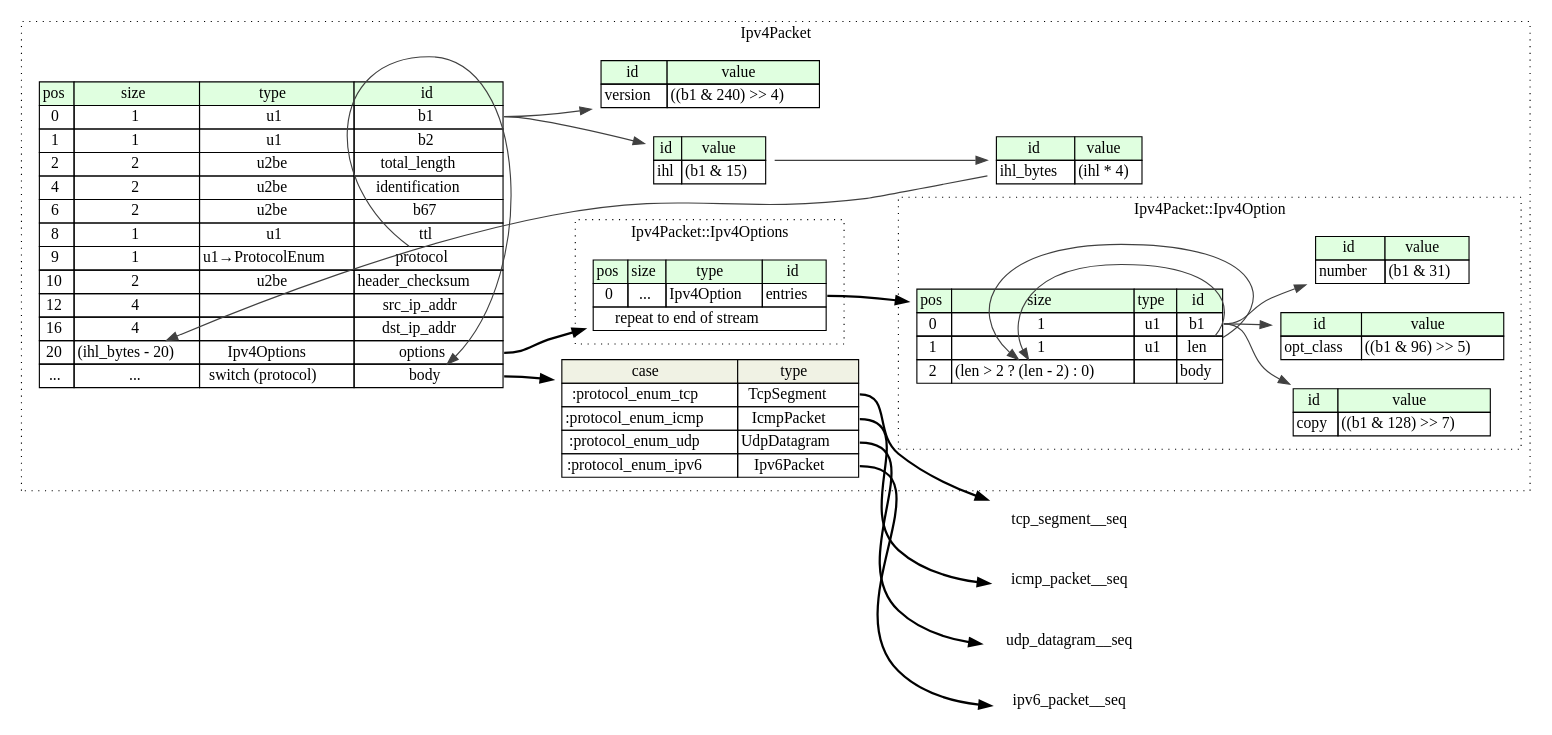
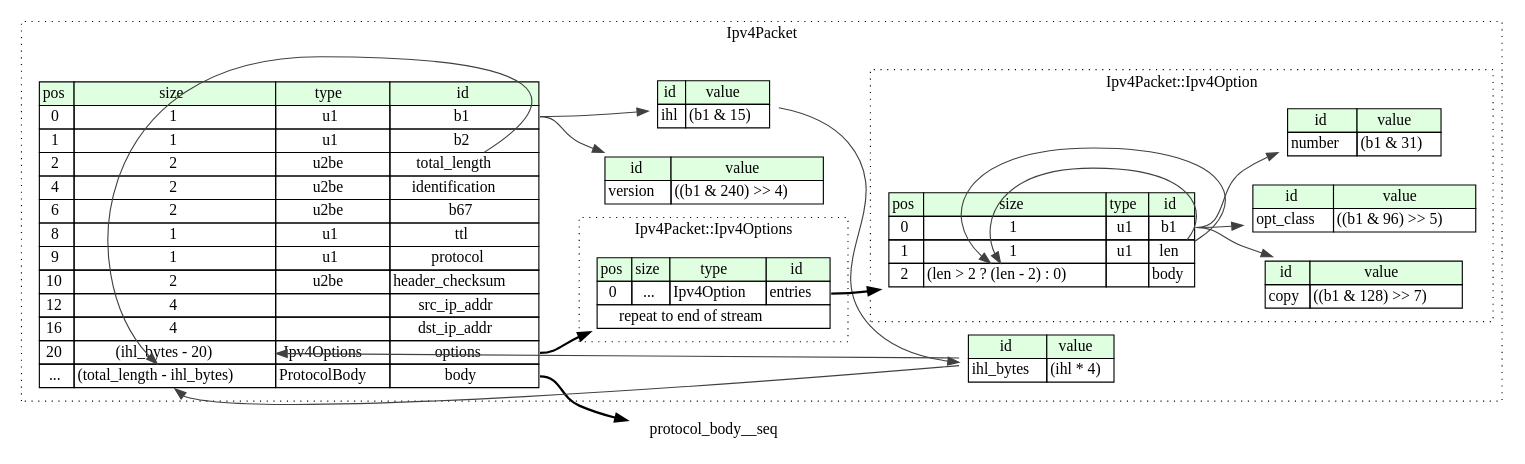
One commit to kaitai-io/formats-kaitai-io.github.io changed the diagram in ipv4_packet/src/graphviz/ipv4_packet.dot. Above: the diagram before and after it, drawn with Graphviz. The commit also changed 76 other files, not shown here.

```diff
--- a/ipv4_packet/src/graphviz/ipv4_packet.dot
+++ b/ipv4_packet/src/graphviz/ipv4_packet.dot
@@ -1,93 +1,83 @@
 digraph {
 	rankdir=LR;
 	node [shape=plaintext];
 	subgraph cluster__ipv4_packet {
 		label="Ipv4Packet";
 		graph[style=dotted];
 
 		ipv4_packet__seq [label=<<TABLE BORDER="0" CELLBORDER="1" CELLSPACING="0">
 			<TR><TD BGCOLOR="#E0FFE0">pos</TD><TD BGCOLOR="#E0FFE0">size</TD><TD BGCOLOR="#E0FFE0">type</TD><TD BGCOLOR="#E0FFE0">id</TD></TR>
 			<TR><TD PORT="b1_pos">0</TD><TD PORT="b1_size">1</TD><TD>u1</TD><TD PORT="b1_type">b1</TD></TR>
 			<TR><TD PORT="b2_pos">1</TD><TD PORT="b2_size">1</TD><TD>u1</TD><TD PORT="b2_type">b2</TD></TR>
 			<TR><TD PORT="total_length_pos">2</TD><TD PORT="total_length_size">2</TD><TD>u2be</TD><TD PORT="total_length_type">total_length</TD></TR>
 			<TR><TD PORT="identification_pos">4</TD><TD PORT="identification_size">2</TD><TD>u2be</TD><TD PORT="identification_type">identification</TD></TR>
 			<TR><TD PORT="b67_pos">6</TD><TD PORT="b67_size">2</TD><TD>u2be</TD><TD PORT="b67_type">b67</TD></TR>
 			<TR><TD PORT="ttl_pos">8</TD><TD PORT="ttl_size">1</TD><TD>u1</TD><TD PORT="ttl_type">ttl</TD></TR>
-			<TR><TD PORT="protocol_pos">9</TD><TD PORT="protocol_size">1</TD><TD>u1→ProtocolEnum</TD><TD PORT="protocol_type">protocol</TD></TR>
+			<TR><TD PORT="protocol_pos">9</TD><TD PORT="protocol_size">1</TD><TD>u1</TD><TD PORT="protocol_type">protocol</TD></TR>
 			<TR><TD PORT="header_checksum_pos">10</TD><TD PORT="header_checksum_size">2</TD><TD>u2be</TD><TD PORT="header_checksum_type">header_checksum</TD></TR>
 			<TR><TD PORT="src_ip_addr_pos">12</TD><TD PORT="src_ip_addr_size">4</TD><TD></TD><TD PORT="src_ip_addr_type">src_ip_addr</TD></TR>
 			<TR><TD PORT="dst_ip_addr_pos">16</TD><TD PORT="dst_ip_addr_size">4</TD><TD></TD><TD PORT="dst_ip_addr_type">dst_ip_addr</TD></TR>
 			<TR><TD PORT="options_pos">20</TD><TD PORT="options_size">(ihl_bytes - 20)</TD><TD>Ipv4Options</TD><TD PORT="options_type">options</TD></TR>
-			<TR><TD PORT="body_pos">...</TD><TD PORT="body_size">...</TD><TD>switch (protocol)</TD><TD PORT="body_type">body</TD></TR>
+			<TR><TD PORT="body_pos">...</TD><TD PORT="body_size">(total_length - ihl_bytes)</TD><TD>ProtocolBody</TD><TD PORT="body_type">body</TD></TR>
 		</TABLE>>];
 		ipv4_packet__inst__version [label=<<TABLE BORDER="0" CELLBORDER="1" CELLSPACING="0">
 			<TR><TD BGCOLOR="#E0FFE0">id</TD><TD BGCOLOR="#E0FFE0">value</TD></TR>
 			<TR><TD>version</TD><TD>((b1 &amp; 240) &gt;&gt; 4)</TD></TR>
 		</TABLE>>];
 		ipv4_packet__inst__ihl [label=<<TABLE BORDER="0" CELLBORDER="1" CELLSPACING="0">
 			<TR><TD BGCOLOR="#E0FFE0">id</TD><TD BGCOLOR="#E0FFE0">value</TD></TR>
 			<TR><TD>ihl</TD><TD>(b1 &amp; 15)</TD></TR>
 		</TABLE>>];
 		ipv4_packet__inst__ihl_bytes [label=<<TABLE BORDER="0" CELLBORDER="1" CELLSPACING="0">
 			<TR><TD BGCOLOR="#E0FFE0">id</TD><TD BGCOLOR="#E0FFE0">value</TD></TR>
 			<TR><TD>ihl_bytes</TD><TD>(ihl * 4)</TD></TR>
 		</TABLE>>];
-ipv4_packet__seq_body_switch [label=<<TABLE BORDER="0" CELLBORDER="1" CELLSPACING="0">
-	<TR><TD BGCOLOR="#F0F2E4">case</TD><TD BGCOLOR="#F0F2E4">type</TD></TR>
-	<TR><TD>:protocol_enum_tcp</TD><TD PORT="case0">TcpSegment</TD></TR>
-	<TR><TD>:protocol_enum_icmp</TD><TD PORT="case1">IcmpPacket</TD></TR>
-	<TR><TD>:protocol_enum_udp</TD><TD PORT="case2">UdpDatagram</TD></TR>
-	<TR><TD>:protocol_enum_ipv6</TD><TD PORT="case3">Ipv6Packet</TD></TR>
-</TABLE>>];
 		subgraph cluster__ipv4_options {
 			label="Ipv4Packet::Ipv4Options";
 			graph[style=dotted];
 
 			ipv4_options__seq [label=<<TABLE BORDER="0" CELLBORDER="1" CELLSPACING="0">
 				<TR><TD BGCOLOR="#E0FFE0">pos</TD><TD BGCOLOR="#E0FFE0">size</TD><TD BGCOLOR="#E0FFE0">type</TD><TD BGCOLOR="#E0FFE0">id</TD></TR>
 				<TR><TD PORT="entries_pos">0</TD><TD PORT="entries_size">...</TD><TD>Ipv4Option</TD><TD PORT="entries_type">entries</TD></TR>
 				<TR><TD COLSPAN="4" PORT="entries__repeat">repeat to end of stream</TD></TR>
 			</TABLE>>];
 		}
 		subgraph cluster__ipv4_option {
 			label="Ipv4Packet::Ipv4Option";
 			graph[style=dotted];
 
 			ipv4_option__seq [label=<<TABLE BORDER="0" CELLBORDER="1" CELLSPACING="0">
 				<TR><TD BGCOLOR="#E0FFE0">pos</TD><TD BGCOLOR="#E0FFE0">size</TD><TD BGCOLOR="#E0FFE0">type</TD><TD BGCOLOR="#E0FFE0">id</TD></TR>
 				<TR><TD PORT="b1_pos">0</TD><TD PORT="b1_size">1</TD><TD>u1</TD><TD PORT="b1_type">b1</TD></TR>
 				<TR><TD PORT="len_pos">1</TD><TD PORT="len_size">1</TD><TD>u1</TD><TD PORT="len_type">len</TD></TR>
 				<TR><TD PORT="body_pos">2</TD><TD PORT="body_size">(len &gt; 2 ? (len - 2) : 0)</TD><TD></TD><TD PORT="body_type">body</TD></TR>
 			</TABLE>>];
 			ipv4_option__inst__copy [label=<<TABLE BORDER="0" CELLBORDER="1" CELLSPACING="0">
 				<TR><TD BGCOLOR="#E0FFE0">id</TD><TD BGCOLOR="#E0FFE0">value</TD></TR>
 				<TR><TD>copy</TD><TD>((b1 &amp; 128) &gt;&gt; 7)</TD></TR>
 			</TABLE>>];
 			ipv4_option__inst__opt_class [label=<<TABLE BORDER="0" CELLBORDER="1" CELLSPACING="0">
 				<TR><TD BGCOLOR="#E0FFE0">id</TD><TD BGCOLOR="#E0FFE0">value</TD></TR>
 				<TR><TD>opt_class</TD><TD>((b1 &amp; 96) &gt;&gt; 5)</TD></TR>
 			</TABLE>>];
 			ipv4_option__inst__number [label=<<TABLE BORDER="0" CELLBORDER="1" CELLSPACING="0">
 				<TR><TD BGCOLOR="#E0FFE0">id</TD><TD BGCOLOR="#E0FFE0">value</TD></TR>
 				<TR><TD>number</TD><TD>(b1 &amp; 31)</TD></TR>
 			</TABLE>>];
 		}
 	}
 	ipv4_packet__inst__ihl_bytes:ihl_bytes_type -> ipv4_packet__seq:options_size [color="#404040"];
 	ipv4_packet__seq:options_type -> ipv4_options__seq [style=bold];
-	ipv4_packet__seq:body_type -> ipv4_packet__seq_body_switch [style=bold];
-	ipv4_packet__seq_body_switch:case0 -> tcp_segment__seq [style=bold];
-	ipv4_packet__seq_body_switch:case1 -> icmp_packet__seq [style=bold];
-	ipv4_packet__seq_body_switch:case2 -> udp_datagram__seq [style=bold];
-	ipv4_packet__seq_body_switch:case3 -> ipv6_packet__seq [style=bold];
-	ipv4_packet__seq:protocol_type -> ipv4_packet__seq:body_type [color="#404040"];
+	ipv4_packet__seq:total_length_type -> ipv4_packet__seq:body_size [color="#404040"];
+	ipv4_packet__inst__ihl_bytes:ihl_bytes_type -> ipv4_packet__seq:body_size [color="#404040"];
+	ipv4_packet__seq:body_type -> protocol_body__seq [style=bold];
 	ipv4_packet__seq:b1_type -> ipv4_packet__inst__version [color="#404040"];
 	ipv4_packet__seq:b1_type -> ipv4_packet__inst__ihl [color="#404040"];
 	ipv4_packet__inst__ihl:ihl_type -> ipv4_packet__inst__ihl_bytes [color="#404040"];
 	ipv4_options__seq:entries_type -> ipv4_option__seq [style=bold];
 	ipv4_option__seq:len_type -> ipv4_option__seq:body_size [color="#404040"];
 	ipv4_option__seq:len_type -> ipv4_option__seq:body_size [color="#404040"];
 	ipv4_option__seq:b1_type -> ipv4_option__inst__copy [color="#404040"];
 	ipv4_option__seq:b1_type -> ipv4_option__inst__opt_class [color="#404040"];
 	ipv4_option__seq:b1_type -> ipv4_option__inst__number [color="#404040"];
 }
```
